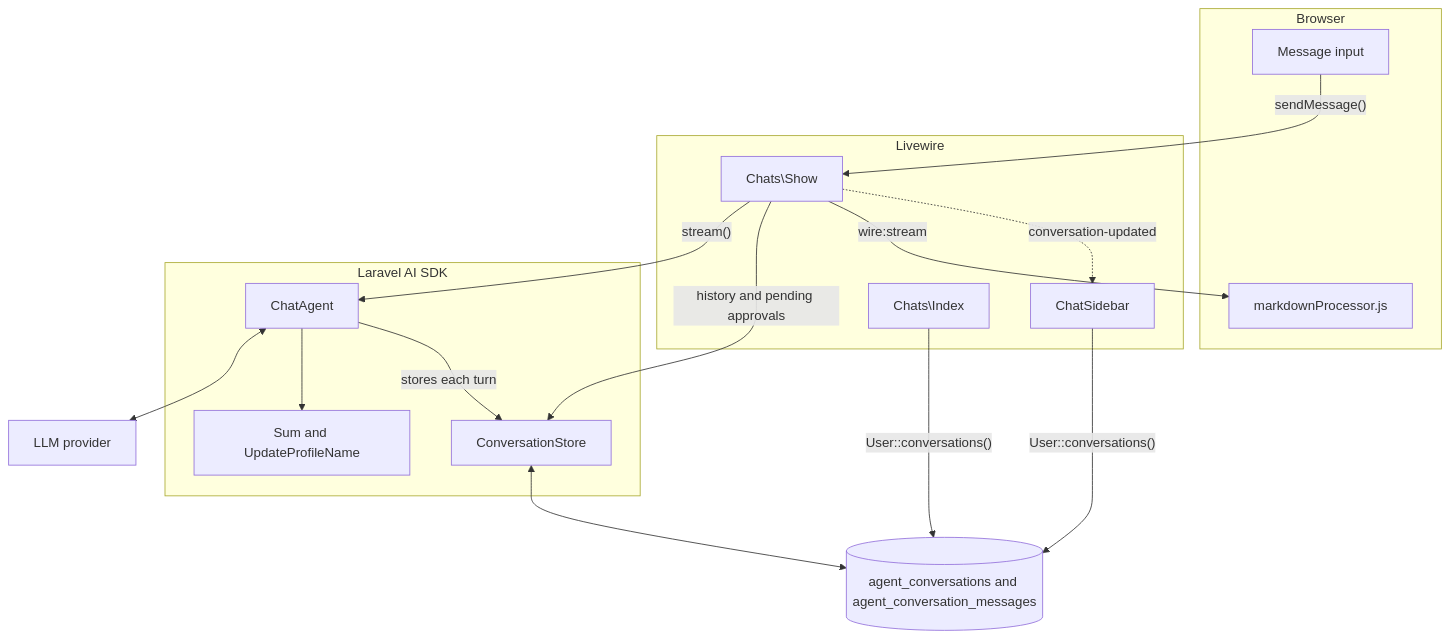
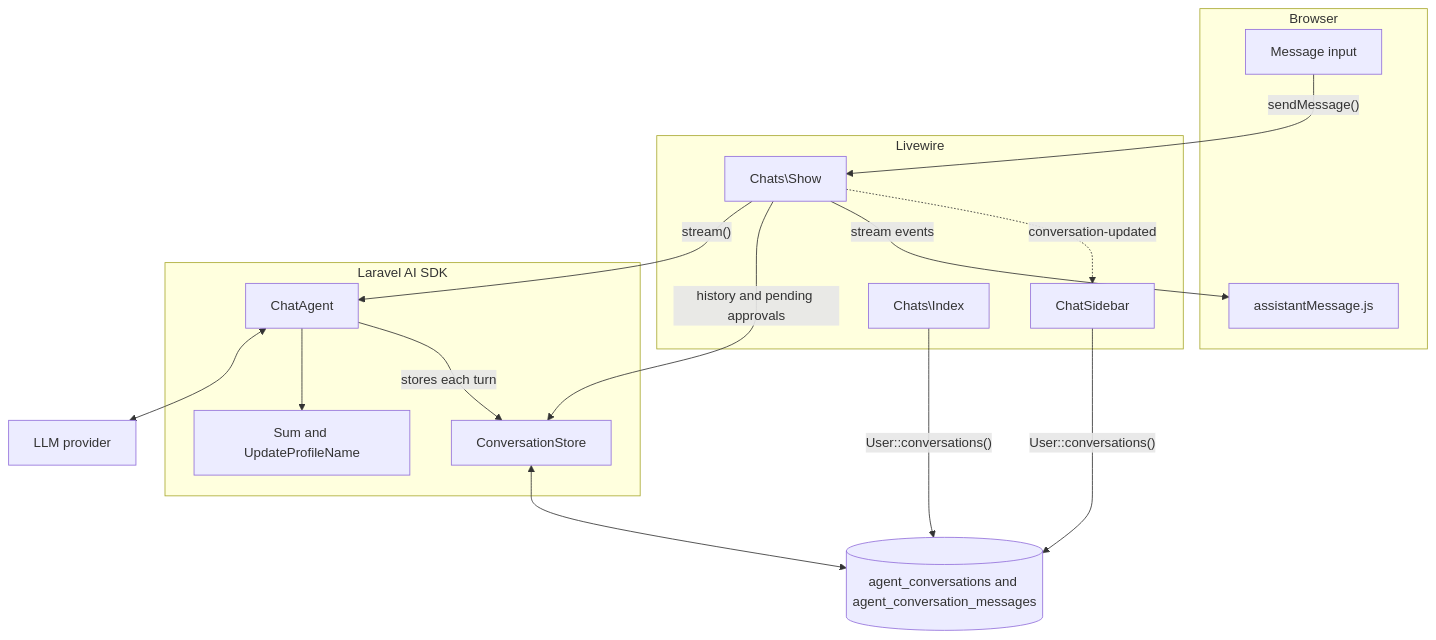
Before and after one commit to kauffinger/livewire-chat: the first of 4 diagrams in README.md, drawn with Mermaid. The commit also changed other lines of this file and 9 other files, not shown here.

First line of the commit message:
refactor: stream ai sdk events straight to the assistant message

````diff
--- a/README.md
+++ b/README.md
@@ -98,34 +98,34 @@
 ```mermaid
 flowchart TB
     subgraph Browser
         Input["Message input"]
-        Markdown["markdownProcessor.js"]
+        Message["assistantMessage.js"]
     end
 
     subgraph Livewire
         Show["Chats\Show"]
         Sidebar["ChatSidebar"]
         Index["Chats\Index"]
     end
 
     subgraph SDK["Laravel AI SDK"]
         Agent["ChatAgent"]
         Tools["Sum and UpdateProfileName"]
         Store["ConversationStore"]
     end
 
     Provider["LLM provider"]
     Database[("agent_conversations and agent_conversation_messages")]
 
     Input -- "sendMessage()" --> Show
     Show -- "stream()" --> Agent
     Agent <--> Provider
     Agent --> Tools
     Agent -- "stores each turn" --> Store
     Show -- "history and pending approvals" --> Store
     Store <--> Database
-    Show -- "wire:stream" --> Markdown
+    Show -- "stream events" --> Message
     Show -. "conversation-updated" .-> Sidebar
     Sidebar -- "User::conversations()" --> Database
     Index -- "User::conversations()" --> Database
 ```
````
